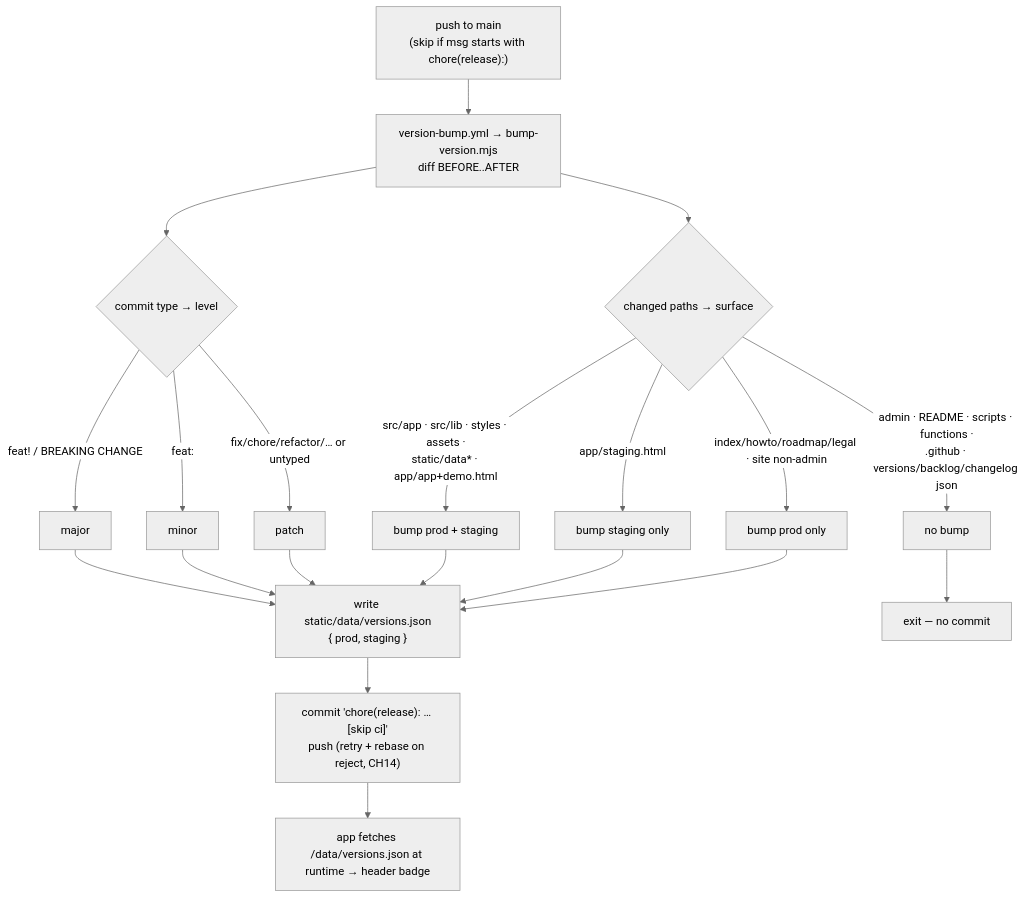
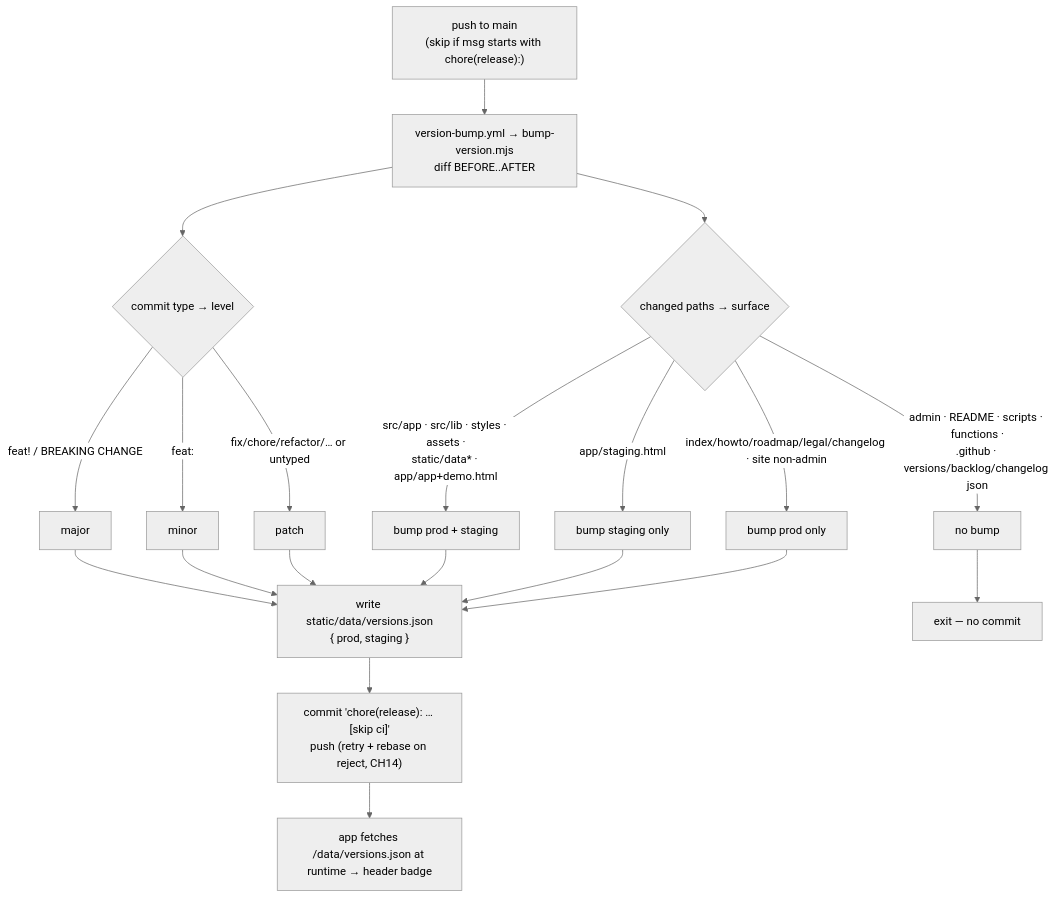
One commit to mitchGuthrieDev/blotterbook changed the diagram in docs/architecture-diagrams/versioning-two-track.md. Above: the diagram before and after it, drawn with Mermaid (neutral theme). The commit also changed 33 other files, not shown here.

First line of the commit message:
feat: backlog audit + docs sync, auth-flow diagram, Analytics/Calendar module sizing (A271/A272), changelog-email pages.dev fix (A315) (#129)

````diff
--- a/docs/architecture-diagrams/versioning-two-track.md
+++ b/docs/architecture-diagrams/versioning-two-track.md
@@ -11,25 +11,25 @@
 ```mermaid
 flowchart TD
     PUSH["push to main<br/>(skip if msg starts with chore(release):)"] --> VB["version-bump.yml → bump-version.mjs<br/>diff BEFORE..AFTER"]
 
     VB --> LEVEL{"commit type → level"}
     LEVEL -->|"feat! / BREAKING CHANGE"| MAJ["major"]
     LEVEL -->|"feat:"| MIN["minor"]
     LEVEL -->|"fix/chore/refactor/… or untyped"| PAT["patch"]
 
     VB --> SURFACE{"changed paths → surface"}
     SURFACE -->|"src/app · src/lib · styles · assets ·<br/>static/data* · app/app+demo.html"| BOTH["bump prod + staging"]
     SURFACE -->|"app/staging.html"| STG["bump staging only"]
-    SURFACE -->|"index/howto/roadmap/legal · site non-admin"| PRD["bump prod only"]
+    SURFACE -->|"index/howto/roadmap/legal/changelog · site non-admin"| PRD["bump prod only"]
     SURFACE -->|"admin · README · scripts · functions ·<br/>.github · versions/backlog/changelog json"| NONE["no bump"]
 
     MAJ --> WRITE
     MIN --> WRITE
     PAT --> WRITE
     BOTH --> WRITE
     STG --> WRITE
     PRD --> WRITE
     WRITE["write static/data/versions.json<br/>{ prod, staging }"] --> COMMIT["commit 'chore(release): … [skip ci]'<br/>push (retry + rebase on reject, CH14)"]
     COMMIT --> RUNTIME["app fetches /data/versions.json at runtime → header badge"]
     NONE --> SKIP["exit — no commit"]
 ```
````
